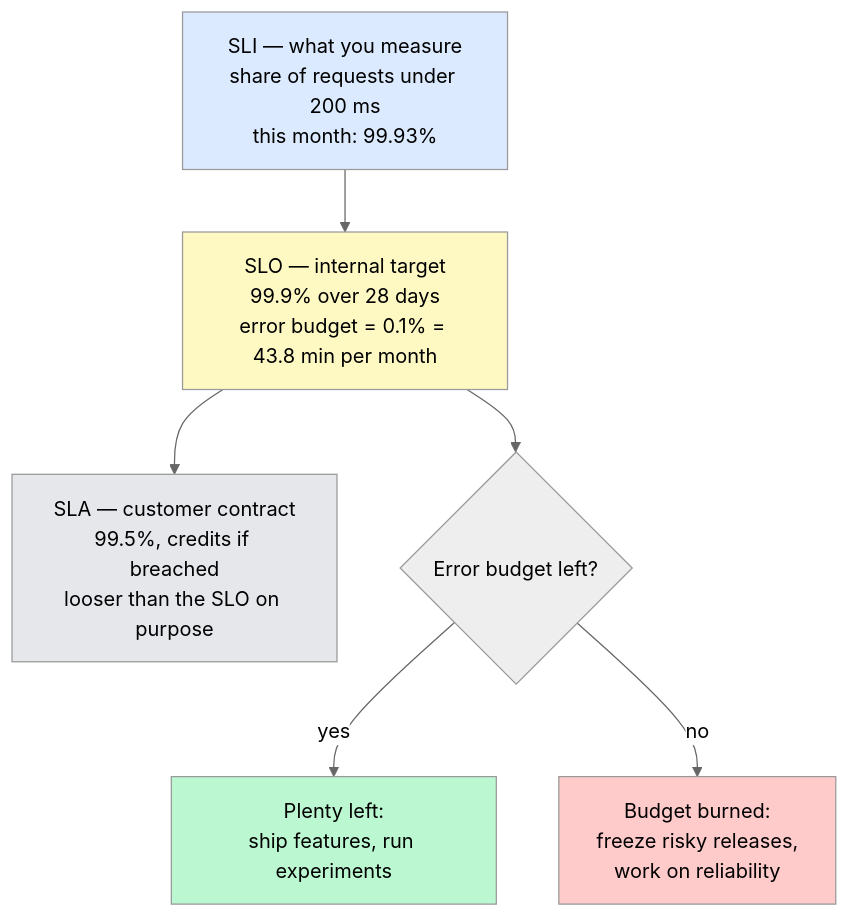
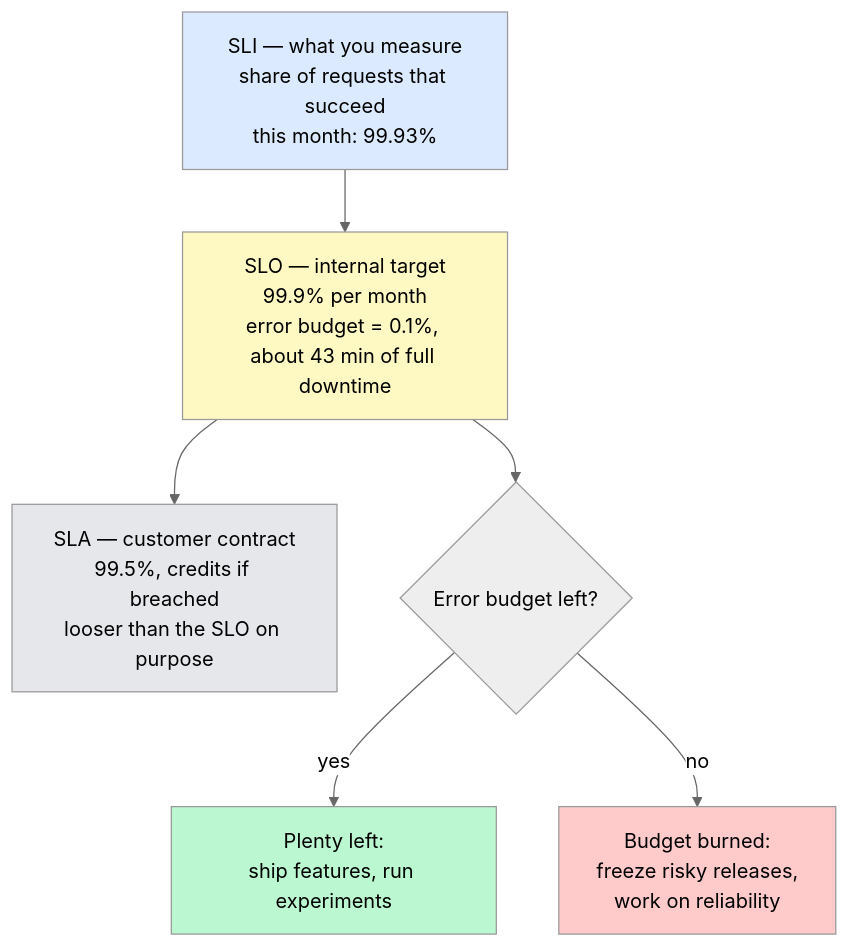
One commit to Ankan1998/learn-system-design changed the fourth of 4 diagrams in Level-00-Foundations/07-Latency-Throughput-Performance/README.md. Above: the diagram before and after it, drawn with Mermaid (neutral theme). The commit also changed other lines of this file and 139 other files, not shown here.

````diff
--- a/Level-00-Foundations/07-Latency-Throughput-Performance/README.md
+++ b/Level-00-Foundations/07-Latency-Throughput-Performance/README.md
@@ -263,20 +263,20 @@
 ```mermaid
 flowchart TD
-    SLI["SLI — what you measure<br/>share of requests under 200 ms<br/>this month: 99.93%"]
-    SLO["SLO — internal target<br/>99.9% over 28 days<br/>error budget = 0.1% = 43.8 min per month"]
+    SLI["SLI — what you measure<br/>share of requests that succeed<br/>this month: 99.93%"]
+    SLO["SLO — internal target<br/>99.9% per month<br/>error budget = 0.1%, about 43 min of full downtime"]
     SLA["SLA — customer contract<br/>99.5%, credits if breached<br/>looser than the SLO on purpose"]
     BUDGET{"Error budget left?"}
     FAST["Plenty left:<br/>ship features, run experiments"]
     FREEZE["Budget burned:<br/>freeze risky releases,<br/>work on reliability"]
 
     SLI --> SLO --> SLA
     SLO --> BUDGET
     BUDGET -->|"yes"| FAST
     BUDGET -->|"no"| FREEZE
 
     style SLI fill:#dbeafe,color:#000
     style SLO fill:#fef9c3,color:#000
     style SLA fill:#e5e7eb,color:#000
     style FAST fill:#bbf7d0,color:#000
     style FREEZE fill:#fecaca,color:#000
 ```
````
